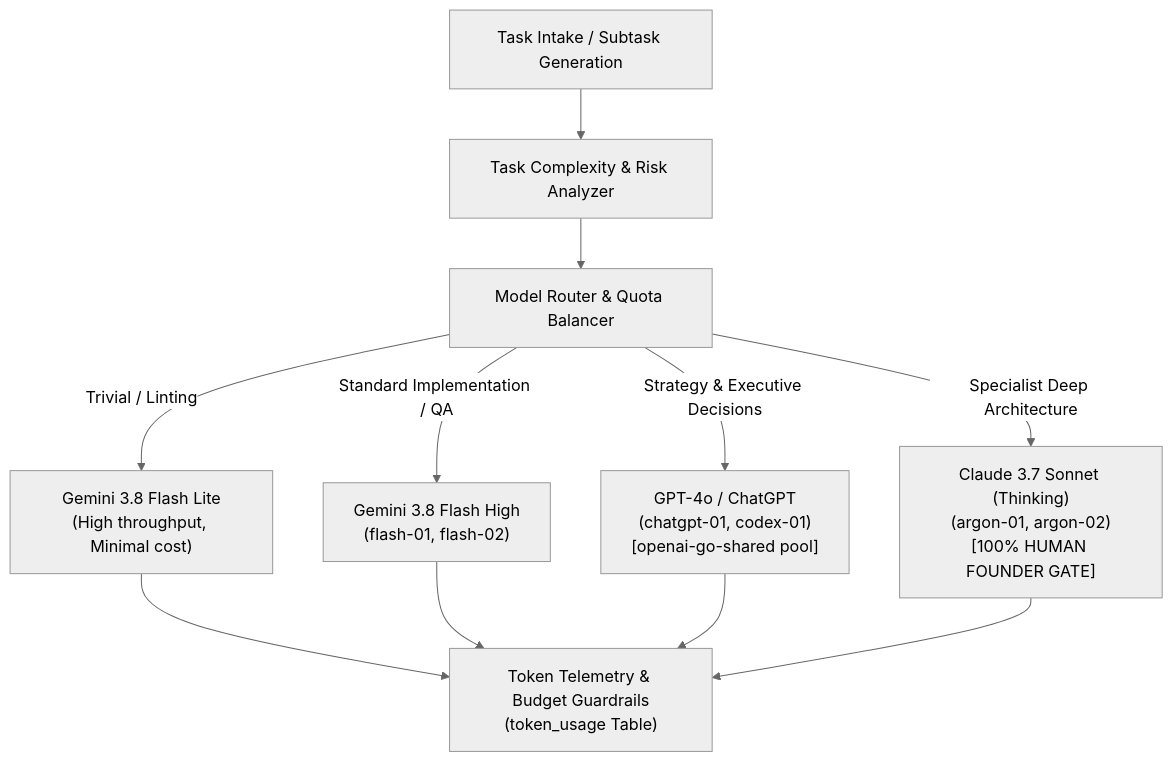
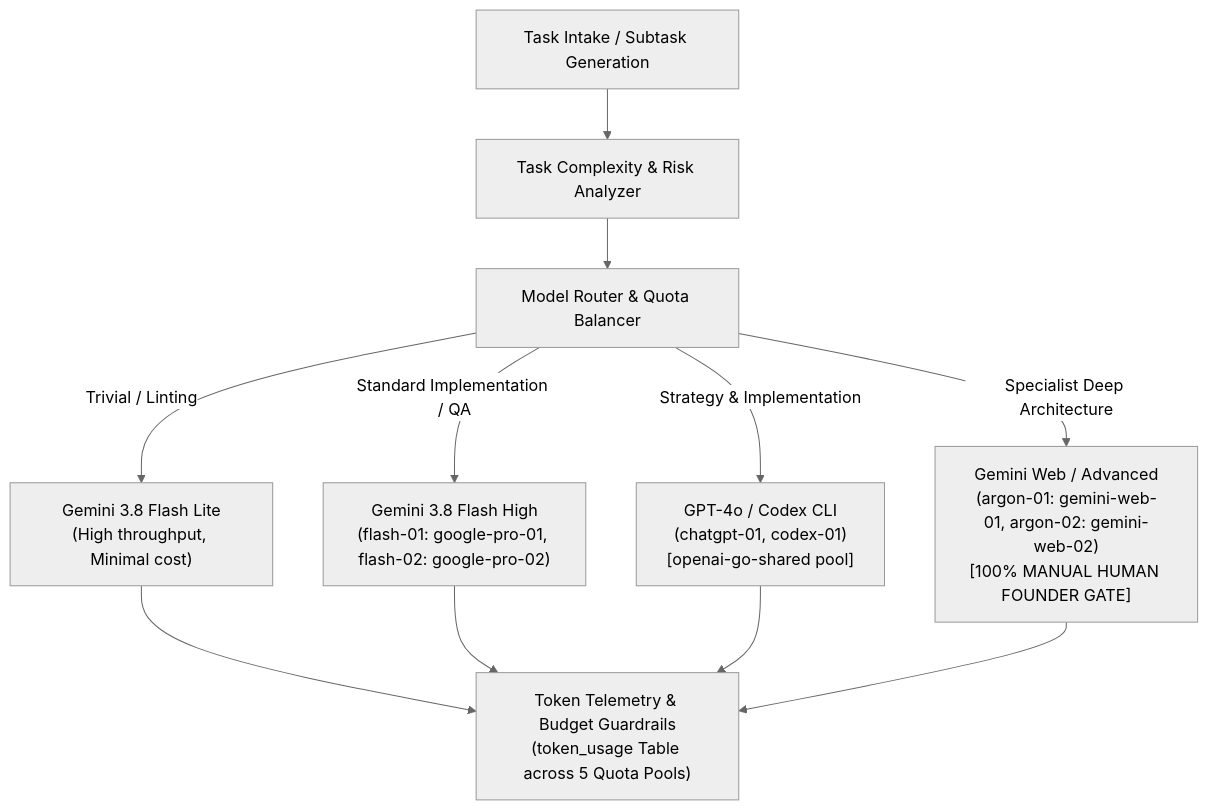
Before and after one commit to kietpro352010/AICO: the diagram in docs/blueprint/v3/09_MODEL_ROUTING_TOKEN_AND_COST_INTELLIGENCE.md, drawn with Mermaid (neutral theme). The commit also changed other lines of this file and 11 other files, not shown here.

First line of the commit message:
docs(blueprint): reconcile v3 architecture, security gates, and contracts

````diff
--- a/docs/blueprint/v3/09_MODEL_ROUTING_TOKEN_AND_COST_INTELLIGENCE.md
+++ b/docs/blueprint/v3/09_MODEL_ROUTING_TOKEN_AND_COST_INTELLIGENCE.md
@@ -18,15 +17,15 @@
 ```mermaid
 flowchart TD
     Task["Task Intake / Subtask Generation"] --> Analyzer["Task Complexity & Risk Analyzer"]
     Analyzer --> Router["Model Router & Quota Balancer"]
 
     Router -->|"Trivial / Linting"| M1["Gemini 3.8 Flash Lite\n(High throughput, Minimal cost)"]
-    Router -->|"Standard Implementation / QA"| M2["Gemini 3.8 Flash High\n(flash-01, flash-02)"]
-    Router -->|"Strategy & Executive Decisions"| M3["GPT-4o / ChatGPT\n(chatgpt-01, codex-01)\n[openai-go-shared pool]"]
-    Router -->|"Specialist Deep Architecture"| M4["Claude 3.7 Sonnet (Thinking)\n(argon-01, argon-02)\n[100% HUMAN FOUNDER GATE]"]
+    Router -->|"Standard Implementation / QA"| M2["Gemini 3.8 Flash High\n(flash-01: google-pro-01, flash-02: google-pro-02)"]
+    Router -->|"Strategy & Implementation"| M3["GPT-4o / Codex CLI\n(chatgpt-01, codex-01)\n[openai-go-shared pool]"]
+    Router -->|"Specialist Deep Architecture"| M4["Gemini Web / Advanced\n(argon-01: gemini-web-01, argon-02: gemini-web-02)\n[100% MANUAL HUMAN FOUNDER GATE]"]
 
-    M1 --> Telemetry["Token Telemetry & Budget Guardrails\n(token_usage Table)"]
+    M1 --> Telemetry["Token Telemetry & Budget Guardrails\n(token_usage Table across 5 Quota Pools)"]
     M2 --> Telemetry
     M3 --> Telemetry
     M4 --> Telemetry
 ```
````
